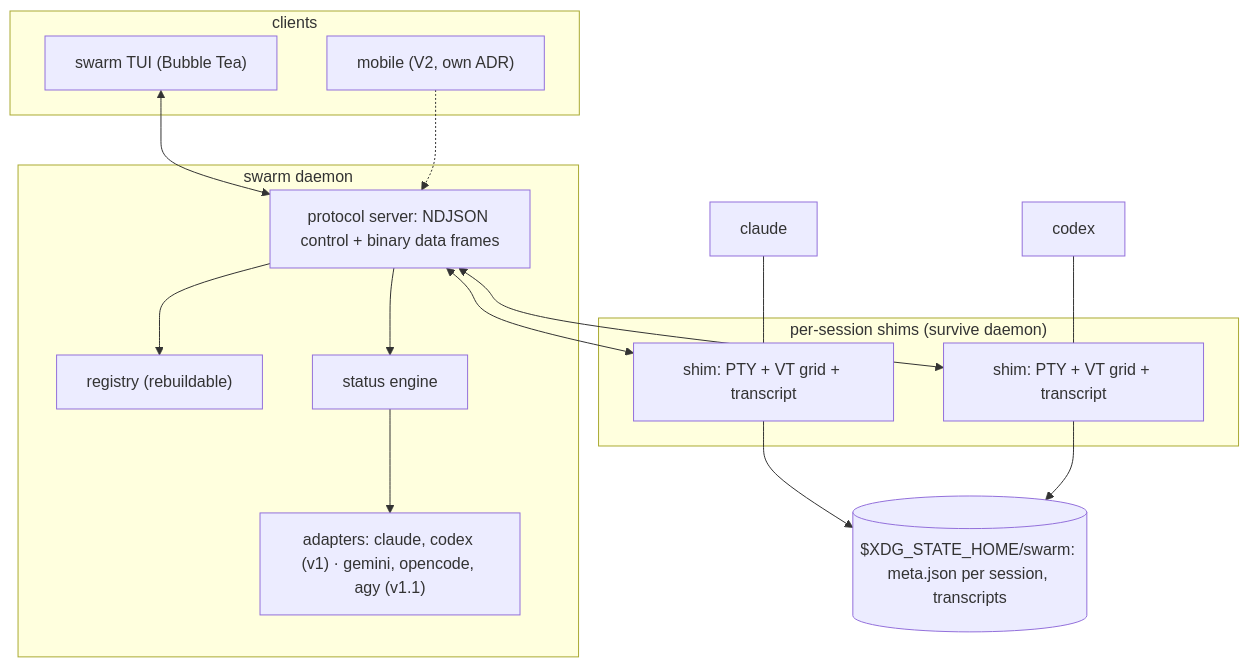
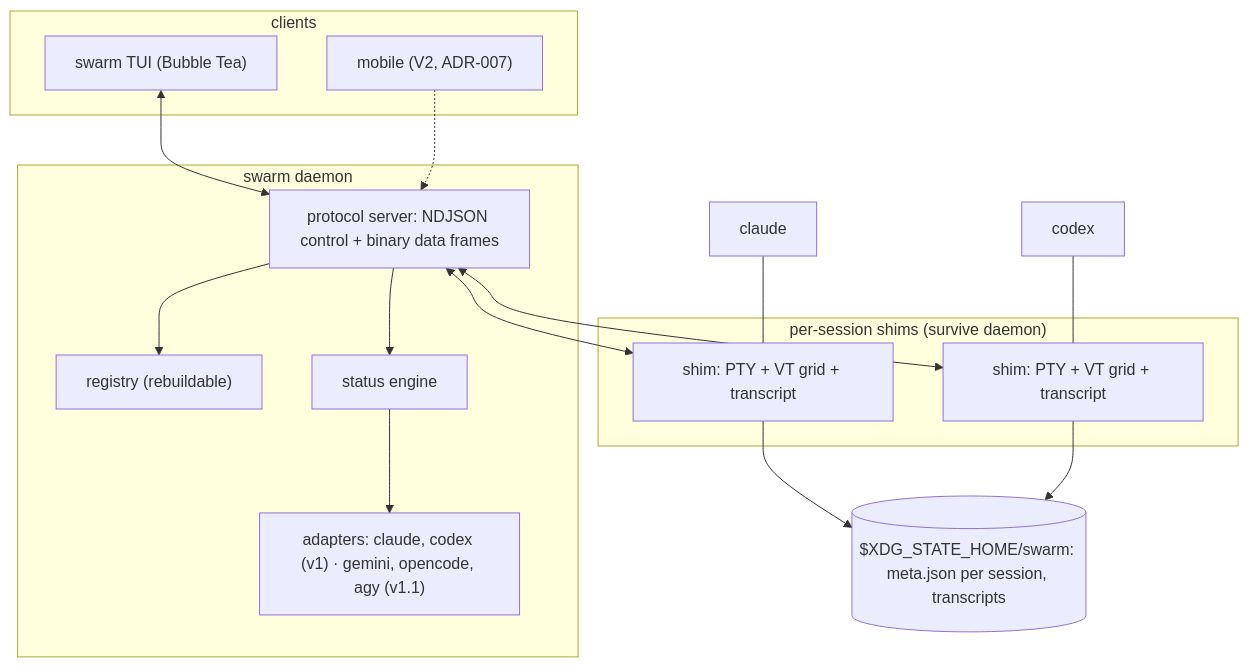
Before and after one commit to Nathandela/swarm: the first of 3 diagrams in docs/specifications/system-spec.md, drawn with Mermaid. The commit also changed other lines of this file and 2 other files, not shown here.

````diff
--- a/docs/specifications/system-spec.md
+++ b/docs/specifications/system-spec.md
@@ -149,25 +151,25 @@
 ```mermaid
 flowchart TB
   subgraph clients["clients"]
     TUI["swarm TUI (Bubble Tea)"]
-    MOB["mobile (V2, own ADR)"]
+    MOB["mobile (V2, ADR-007)"]
   end
   subgraph daemon["swarm daemon"]
     API["protocol server: NDJSON control + binary data frames"]
     REG["registry (rebuildable)"]
     DET["status engine"]
     ADP["adapters: claude, codex (v1) · gemini, opencode, agy (v1.1)"]
   end
   subgraph shims["per-session shims (survive daemon)"]
     SH1["shim: PTY + VT grid + transcript"]
     SH2["shim: PTY + VT grid + transcript"]
   end
   A1["claude"] --- SH1
   A2["codex"] --- SH2
   TUI <--> API
   MOB -.-> API
   API --> REG & DET
   DET --> ADP
   API <--> SH1 & SH2
   SH1 & SH2 --> DISK[("$XDG_STATE_HOME/swarm: meta.json per session, transcripts")]
 ```
````
